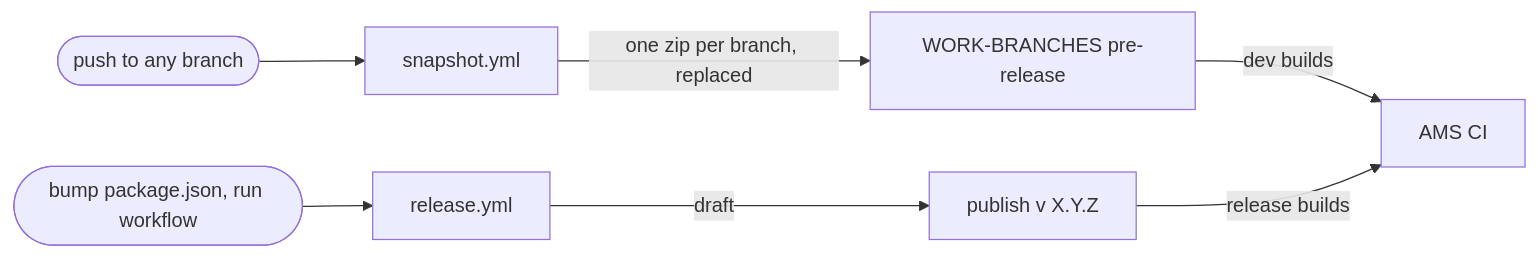
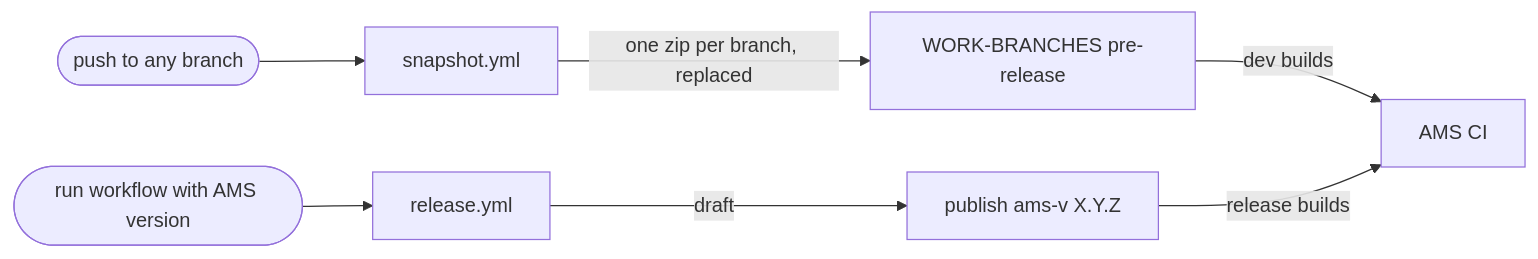
Before and after one commit to ant-media/management-panel-reborn: the diagram in docs/CI.md, drawn with Mermaid. The commit also changed other lines of this file and 2 other files, not shown here.

Commit message:
Updated release CI

````diff
--- a/docs/CI.md
+++ b/docs/CI.md
@@ -28,9 +32,9 @@
 ```mermaid
 flowchart LR
     push([push to any branch]) --> snap[snapshot.yml]
     snap -->|one zip per branch, replaced| WB[WORK-BRANCHES pre-release]
-    bump([bump package.json, run workflow]) --> rel[release.yml]
-    rel -->|draft| pub[publish v X.Y.Z]
+    run([run workflow with AMS version]) --> rel[release.yml]
+    rel -->|draft| pub[publish ams-v X.Y.Z]
     WB -->|dev builds| AMS[AMS CI]
     pub -->|release builds| AMS
 ```
````
